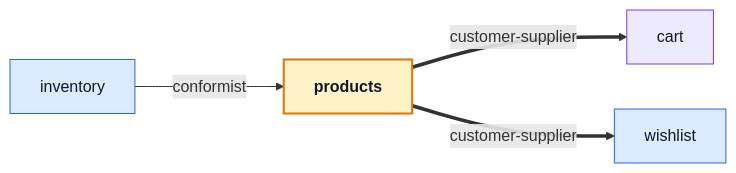
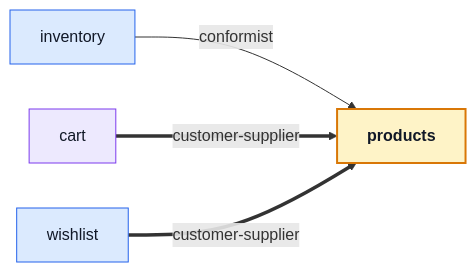
Before and after one commit to Guebbit/boilerplate-vue-frontend: the diagram in docs/modules/products.md, drawn with Mermaid. The commit also changed other lines of this file and 65 other files, not shown here.

First line of the commit message:
refactor(app): the shell stops importing account, and cart reads products, not the reverse

````diff
--- a/docs/modules/products.md
+++ b/docs/modules/products.md
@@ -24,15 +24,15 @@
 ```mermaid
 %%{init: {'flowchart': {'nodeSpacing': 45, 'rankSpacing': 75}}}%%
 flowchart LR
     inventory["inventory"] -->|"conformist"| products["<b>products</b>"]
-    products["<b>products</b>"] ==>|"customer-supplier"| cart["cart"]
-    products["<b>products</b>"] ==>|"customer-supplier"| wishlist["wishlist"]
+    cart["cart"] ==>|"customer-supplier"| products["<b>products</b>"]
+    wishlist["wishlist"] ==>|"customer-supplier"| products["<b>products</b>"]
 
     classDef core fill:#ede9fe,stroke:#7c3aed,color:#111827;
     classDef supporting fill:#dbeafe,stroke:#2563eb,color:#111827;
     classDef generic fill:#ccfbf1,stroke:#0f766e,color:#111827;
     classDef self fill:#fef3c7,stroke:#d97706,color:#111827,stroke-width:2px;
     class cart core;
     class wishlist,inventory supporting;
     class products self;
 ```
````
